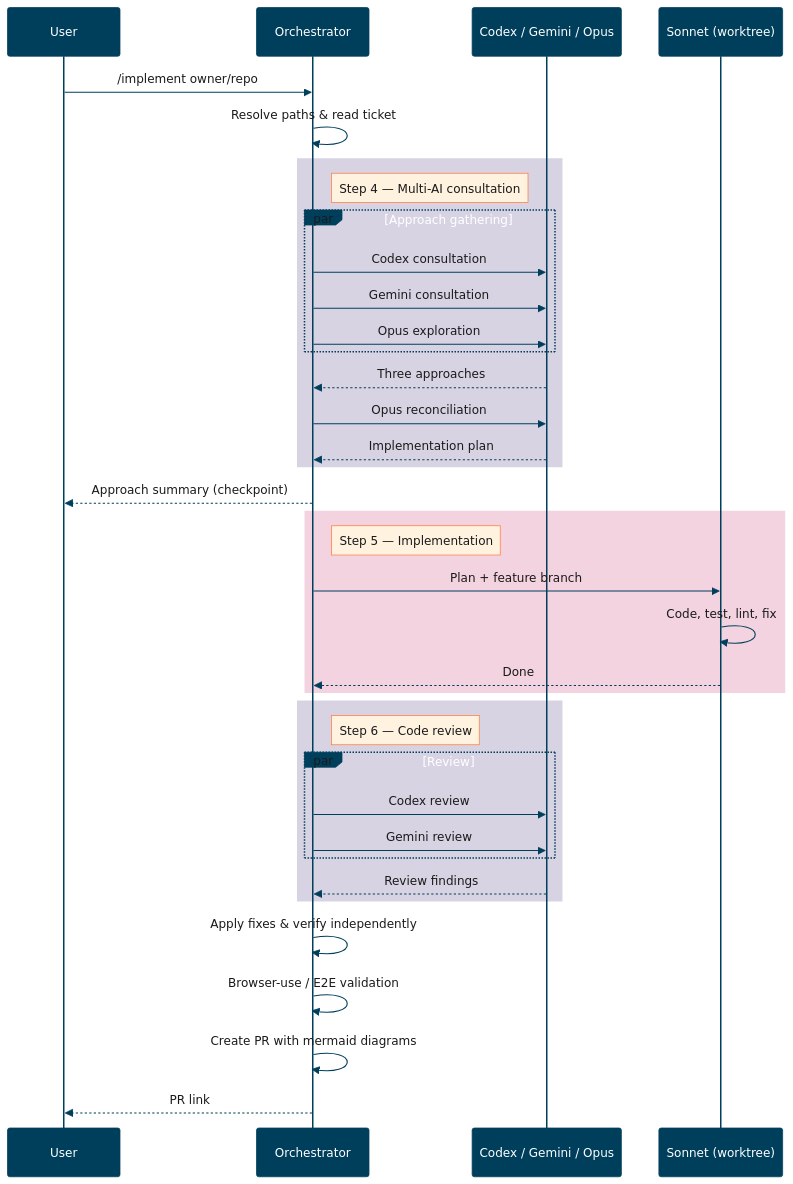
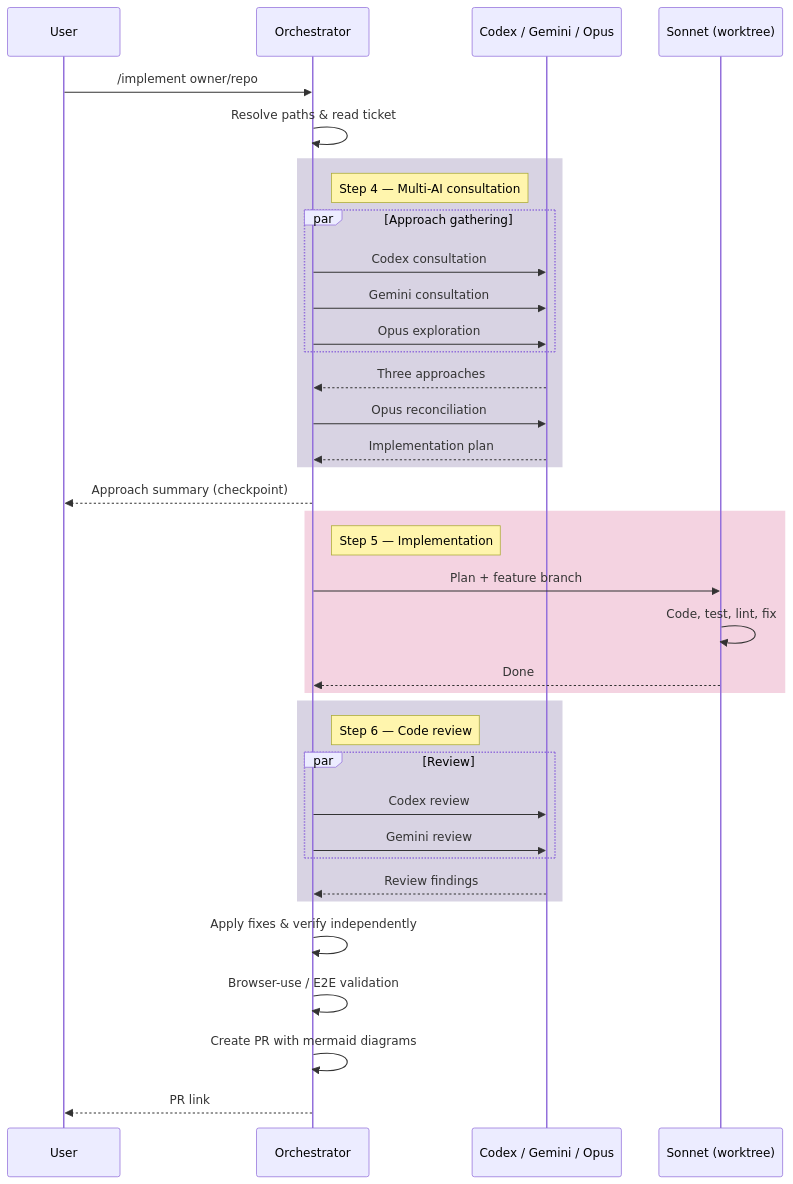
One commit to plwp/chief-wiggum changed the second of 3 diagrams in README.md. Above: the diagram before and after it, drawn with Mermaid.

Commit message:
fix: use default mermaid theme for sequence diagram
The base theme with hardcoded text colors is black-on-black in GitHub
dark mode. Default theme adapts to the user's color scheme.

````diff
--- a/README.md
+++ b/README.md
@@ -56,46 +56,46 @@
 ```mermaid
-%%{init: {'theme': 'base', 'themeVariables': {'primaryColor': '#003f5c', 'primaryTextColor': '#fff', 'primaryBorderColor': '#2f4b7c', 'secondaryColor': '#665191', 'tertiaryColor': '#a05195', 'lineColor': '#003f5c', 'textColor': '#1a1a1a', 'actorTextColor': '#fff', 'actorBkg': '#003f5c', 'actorBorder': '#003f5c', 'activationBorderColor': '#d45087', 'activationBkgColor': '#fce4ec', 'signalColor': '#003f5c', 'signalTextColor': '#1a1a1a', 'noteBkgColor': '#fff3e0', 'noteTextColor': '#1a1a1a', 'noteBorderColor': '#ff7c43', 'labelTextColor': '#1a1a1a'}}}%%
+%%{init: {'theme': 'default'}}%%
 sequenceDiagram
     participant U as User
     participant O as Orchestrator
     participant AI as Codex / Gemini / Opus
     participant S as Sonnet (worktree)
 
     U->>O: /implement owner/repo#42
     O->>O: Resolve paths & read ticket
 
     rect rgba(102, 81, 145, 0.25)
         note right of O: Step 4 — Multi-AI consultation
         par Approach gathering
             O->>AI: Codex consultation
             O->>AI: Gemini consultation
             O->>AI: Opus exploration
         end
         AI-->>O: Three approaches
         O->>AI: Opus reconciliation
         AI-->>O: Implementation plan
     end
 
     O-->>U: Approach summary (checkpoint)
 
     rect rgba(212, 80, 135, 0.25)
         note right of O: Step 5 — Implementation
         O->>S: Plan + feature branch
         S->>S: Code, test, lint, fix
         S-->>O: Done
     end
 
     rect rgba(102, 81, 145, 0.25)
         note right of O: Step 6 — Code review
         par Review
             O->>AI: Codex review
             O->>AI: Gemini review
         end
         AI-->>O: Review findings
     end
 
     O->>O: Apply fixes & verify independently
     O->>O: Browser-use / E2E validation
     O->>O: Create PR with mermaid diagrams
     O-->>U: PR link
 ```
````
